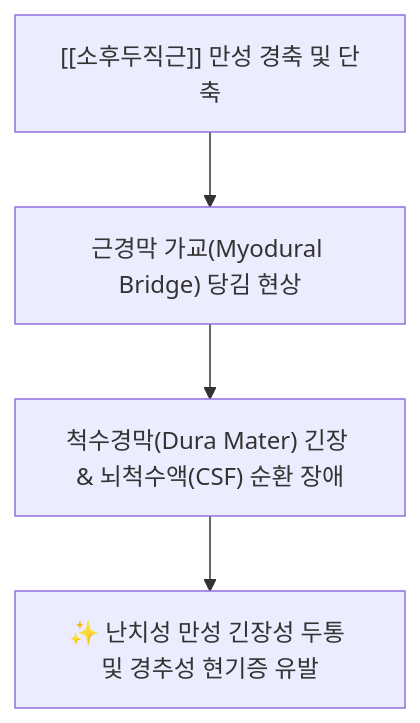
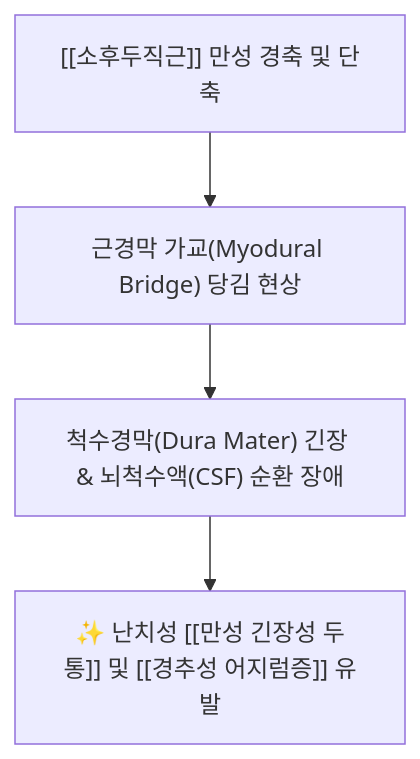
The second of 3 diagrams in content/1. 근골격계 공부/근육/(2) 경부/소후두직근.md (simbio11/simbio-digital-garden2), drawn with Mermaid before and after one commit. The commit also changed other lines of this file and 150 other files, not shown here.

````diff
--- a/content/1. 근골격계 공부/근육/(2) 경부/소후두직근.md
+++ b/content/1. 근골격계 공부/근육/(2) 경부/소후두직근.md
@@ -48,6 +63,6 @@
 ```mermaid
 graph TD
     Spasm["[[소후두직근]] 만성 경축 및 단축"] --> MDB_Tension["근경막 가교(Myodural Bridge) 당김 현상"]
     MDB_Tension --> DuralIrritation["척수경막(Dura Mater) 긴장 & 뇌척수액(CSF) 순환 장애"]
-    DuralIrritation --> IntractableHeadache["✨ 난치성 만성 긴장성 두통 및 경추성 현기증 유발"]
+    DuralIrritation --> IntractableHeadache["✨ 난치성 [[만성 긴장성 두통]] 및 [[경추성 어지럼증]] 유발"]
 ```
````
